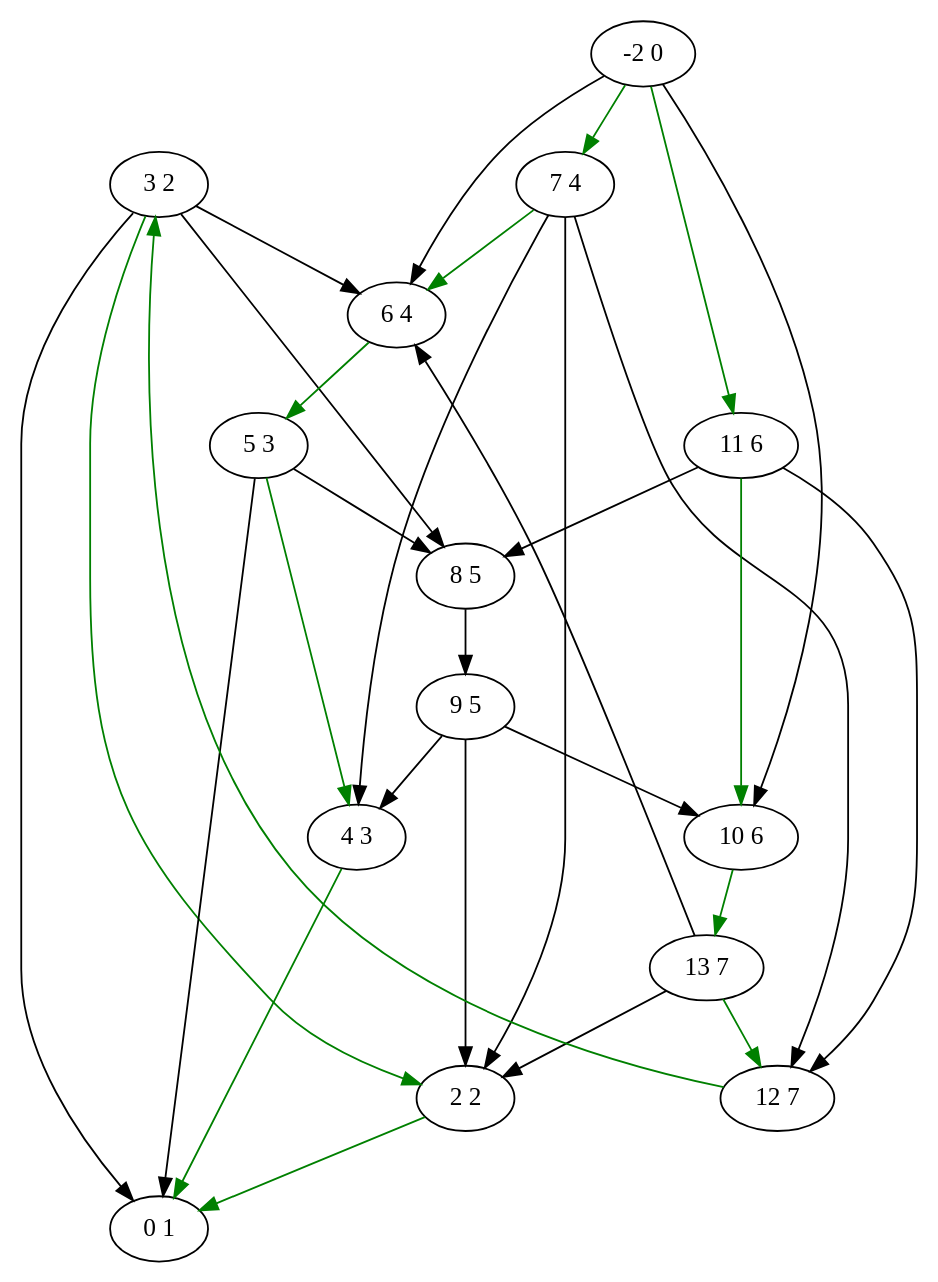
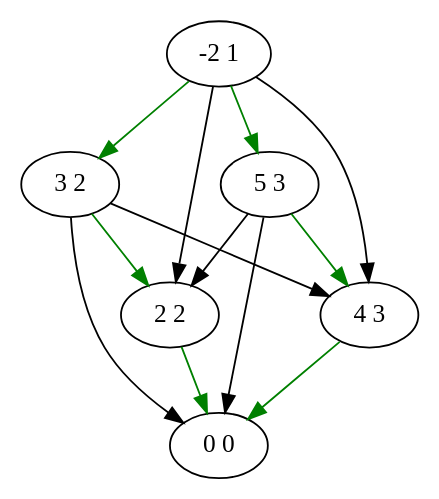
Before and after one commit to Xel4ek/lem_in: the diagram in 3.gv, drawn with Graphviz. The commit also changed 108 other files, not shown here.

```diff
--- a/3.gv
+++ b/3.gv
@@ -1,46 +1,20 @@
 digraph 4 {
-	"0 1";
+	"0 0";
 	"3 2";
 	"2 2";
 	"5 3";
 	"4 3";
-	"7 4";
-	"6 4";
-	"9 5";
-	"8 5";
-	"11 6";
-	"10 6";
-	"13 7";
-	"12 7";
-	"-2 0";
-	"3 2" -> "0 1";
-	"5 3" -> "0 1";
-	"2 2" -> "0 1" [dir = forward color = "green"];
-	"4 3" -> "0 1" [dir = forward color = "green"];
-	"12 7" -> "3 2" [dir = forward color = "green"];
-	"9 5" -> "2 2";
+	"-2 1";
+	"5 3" -> "0 0";
+	"3 2" -> "0 0";
+	"4 3" -> "0 0" [dir = forward color = "green"];
+	"2 2" -> "0 0" [dir = forward color = "green"];
+	"-2 1" -> "3 2" [dir = forward color = "green"];
 	"3 2" -> "2 2" [dir = forward color = "green"];
-	"13 7" -> "2 2";
-	"7 4" -> "2 2";
-	"6 4" -> "5 3" [dir = forward color = "green"];
+	"5 3" -> "2 2";
+	"-2 1" -> "2 2";
+	"-2 1" -> "5 3" [dir = forward color = "green"];
+	"3 2" -> "4 3";
+	"-2 1" -> "4 3";
 	"5 3" -> "4 3" [dir = forward color = "green"];
-	"7 4" -> "4 3";
-	"9 5" -> "4 3";
-	"-2 0" -> "7 4" [dir = forward color = "green"];
-	"7 4" -> "6 4" [dir = forward color = "green"];
-	"-2 0" -> "6 4";
-	"13 7" -> "6 4";
-	"3 2" -> "6 4";
-	"8 5" -> "9 5";
-	"5 3" -> "8 5";
-	"11 6" -> "8 5";
-	"3 2" -> "8 5";
-	"-2 0" -> "11 6" [dir = forward color = "green"];
-	"9 5" -> "10 6";
-	"11 6" -> "10 6" [dir = forward color = "green"];
-	"-2 0" -> "10 6";
-	"10 6" -> "13 7" [dir = forward color = "green"];
-	"7 4" -> "12 7";
-	"13 7" -> "12 7" [dir = forward color = "green"];
-	"11 6" -> "12 7";
 	}
```
